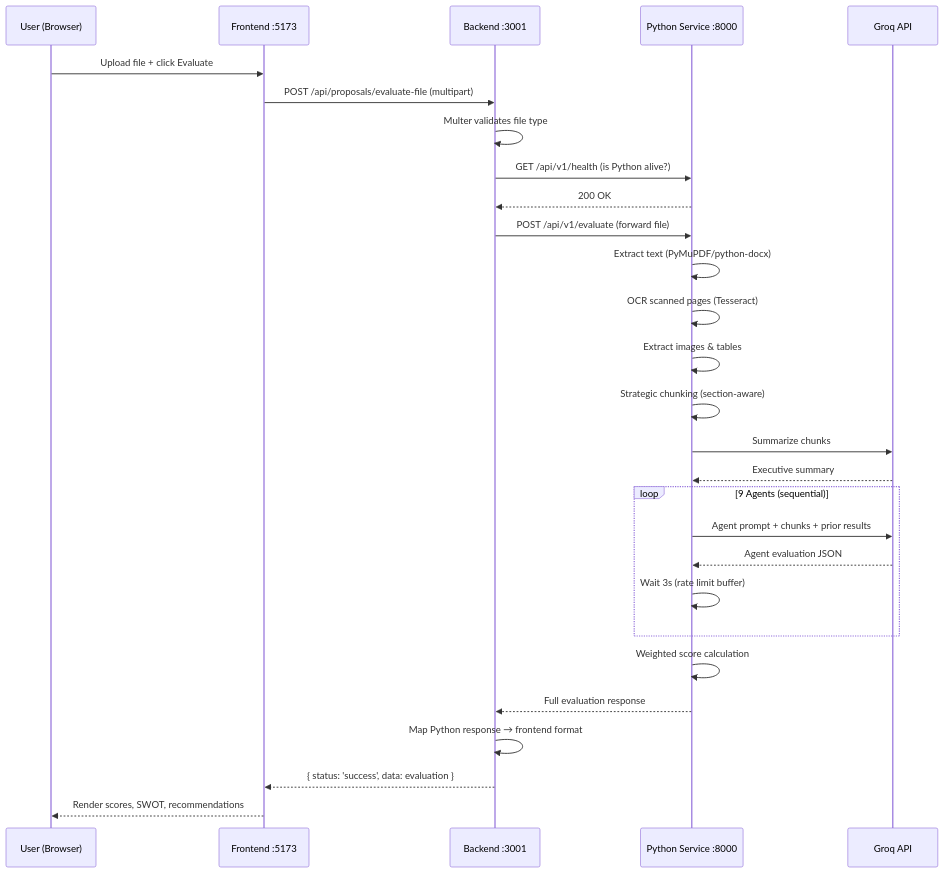
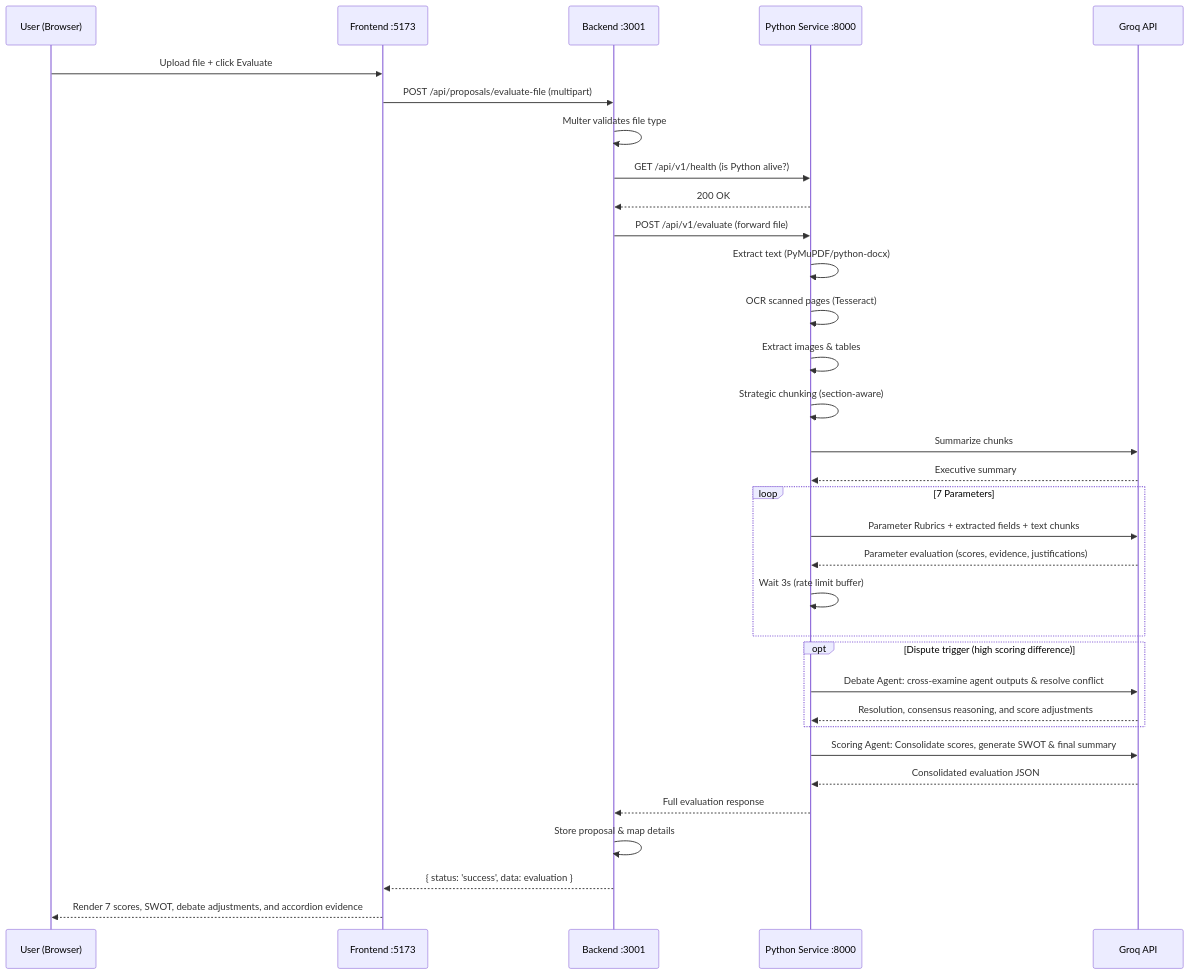
The diagram in docs/ARCHITECTURE.md (mayurk200/ai-proposal-evaluator), drawn with Mermaid before and after one commit. The commit also changed other lines of this file and 59 other files, not shown here.

Commit message:
change in agents as per new evaluations parameters

````diff
--- a/docs/ARCHITECTURE.md
+++ b/docs/ARCHITECTURE.md
@@ -305,31 +310,36 @@
 ```mermaid
 sequenceDiagram
     participant U as User (Browser)
     participant F as Frontend :5173
     participant B as Backend :3001
     participant P as Python Service :8000
     participant G as Groq API
 
     U->>F: Upload file + click Evaluate
     F->>B: POST /api/proposals/evaluate-file (multipart)
     B->>B: Multer validates file type
     B->>P: GET /api/v1/health (is Python alive?)
     P-->>B: 200 OK
     B->>P: POST /api/v1/evaluate (forward file)
     P->>P: Extract text (PyMuPDF/python-docx)
     P->>P: OCR scanned pages (Tesseract)
     P->>P: Extract images & tables
     P->>P: Strategic chunking (section-aware)
     P->>G: Summarize chunks
     G-->>P: Executive summary
-    loop 9 Agents (sequential)
-        P->>G: Agent prompt + chunks + prior results
-        G-->>P: Agent evaluation JSON
+    loop 7 Parameters
+        P->>G: Parameter Rubrics + extracted fields + text chunks
+        G-->>P: Parameter evaluation (scores, evidence, justifications)
         P->>P: Wait 3s (rate limit buffer)
     end
-    P->>P: Weighted score calculation
+    opt Dispute trigger (high scoring difference)
+        P->>G: Debate Agent: cross-examine agent outputs & resolve conflict
+        G-->>P: Resolution, consensus reasoning, and score adjustments
+    end
+    P->>G: Scoring Agent: Consolidate scores, generate SWOT & final summary
+    G-->>P: Consolidated evaluation JSON
     P-->>B: Full evaluation response
-    B->>B: Map Python response → frontend format
+    B->>B: Store proposal & map details
     B-->>F: { status: 'success', data: evaluation }
-    F-->>U: Render scores, SWOT, recommendations
+    F-->>U: Render 7 scores, SWOT, debate adjustments, and accordion evidence
 ```
````
